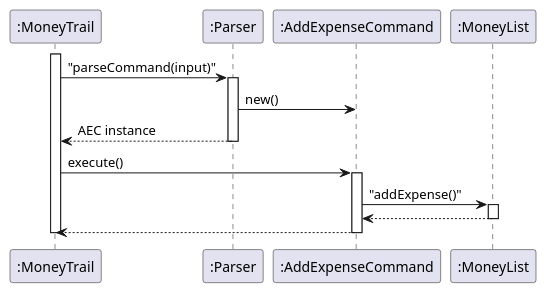
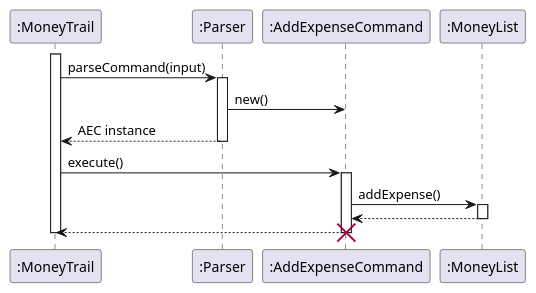
The diagram in docs/diagrams/Command_Seq.puml (EdwinTun98/tp), drawn with PlantUML before and after one commit. The commit also changed 17 other files, not shown here.

```diff
--- a/docs/diagrams/Command_Seq.puml
+++ b/docs/diagrams/Command_Seq.puml
@@ -1,23 +1,24 @@
 @startuml Command_Execution_Activation
 participant MoneyTrail as ":MoneyTrail"
 participant Parser as ":Parser"
 participant ":AddExpenseCommand" as AEC
 participant MoneyList as ":MoneyList"
 
 activate MoneyTrail
-MoneyTrail -> Parser : "parseCommand(input)"
+MoneyTrail -> Parser : parseCommand(input)
 activate Parser
 Parser -> AEC : new()
 Parser --> MoneyTrail : AEC instance
 deactivate Parser
 
 MoneyTrail -> AEC : execute()
 activate AEC
-AEC -> MoneyList : "addExpense()"
+AEC -> MoneyList : addExpense()
 activate MoneyList
 MoneyList --> AEC
 deactivate MoneyList
 AEC --> MoneyTrail
 deactivate AEC
+destroy AEC
 deactivate MoneyTrail
 @enduml
```
